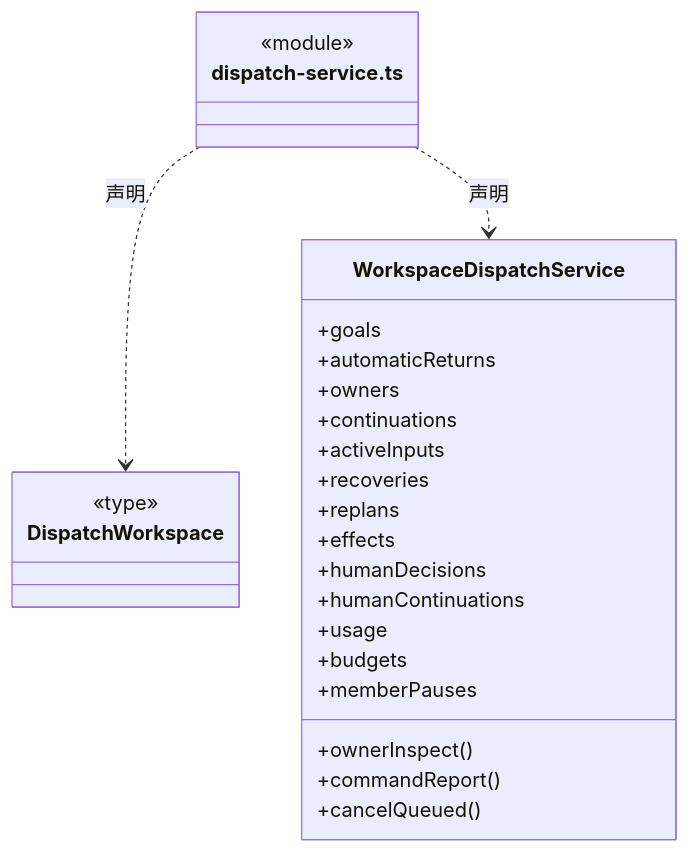
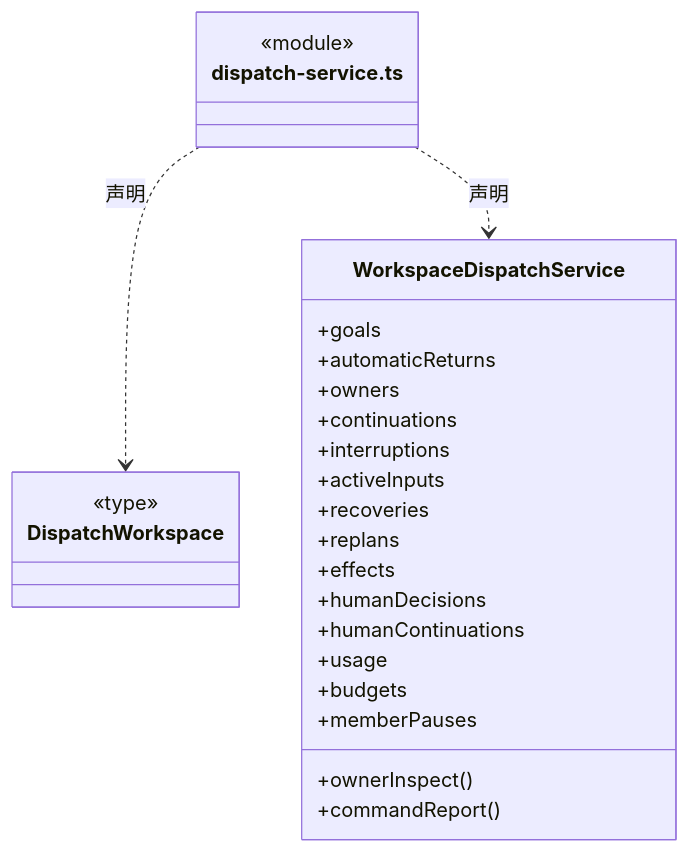
One commit to nan023062/cbim changed the sixth of 15 diagrams in src/logic/dispatch/runtime/ARCHITECTURE.md. Above: the diagram before and after it, drawn with Mermaid. The commit also changed other lines of this file and 50 other files, not shown here.

````diff
--- a/src/logic/dispatch/runtime/ARCHITECTURE.md
+++ b/src/logic/dispatch/runtime/ARCHITECTURE.md
@@ -199,30 +201,30 @@
 ```mermaid
 classDiagram
 class N_src_logic_dispatch_runtime_dispatch_service_ts["dispatch-service.ts"] {
   <<module>>
 }
 class N_src_logic_dispatch_runtime_dispatch_service_ts_DispatchWorkspace["DispatchWorkspace"] {
   <<type>>
 
 }
 N_src_logic_dispatch_runtime_dispatch_service_ts ..> N_src_logic_dispatch_runtime_dispatch_service_ts_DispatchWorkspace : 声明
 class N_src_logic_dispatch_runtime_dispatch_service_ts_WorkspaceDispatchService["WorkspaceDispatchService"] {
   +goals
   +automaticReturns
   +owners
   +continuations
+  +interruptions
   +activeInputs
   +recoveries
   +replans
   +effects
   +humanDecisions
   +humanContinuations
   +usage
   +budgets
   +memberPauses
   +ownerInspect()
   +commandReport()
-  +cancelQueued()
 }
 N_src_logic_dispatch_runtime_dispatch_service_ts ..> N_src_logic_dispatch_runtime_dispatch_service_ts_WorkspaceDispatchService : 声明
 ```
````
